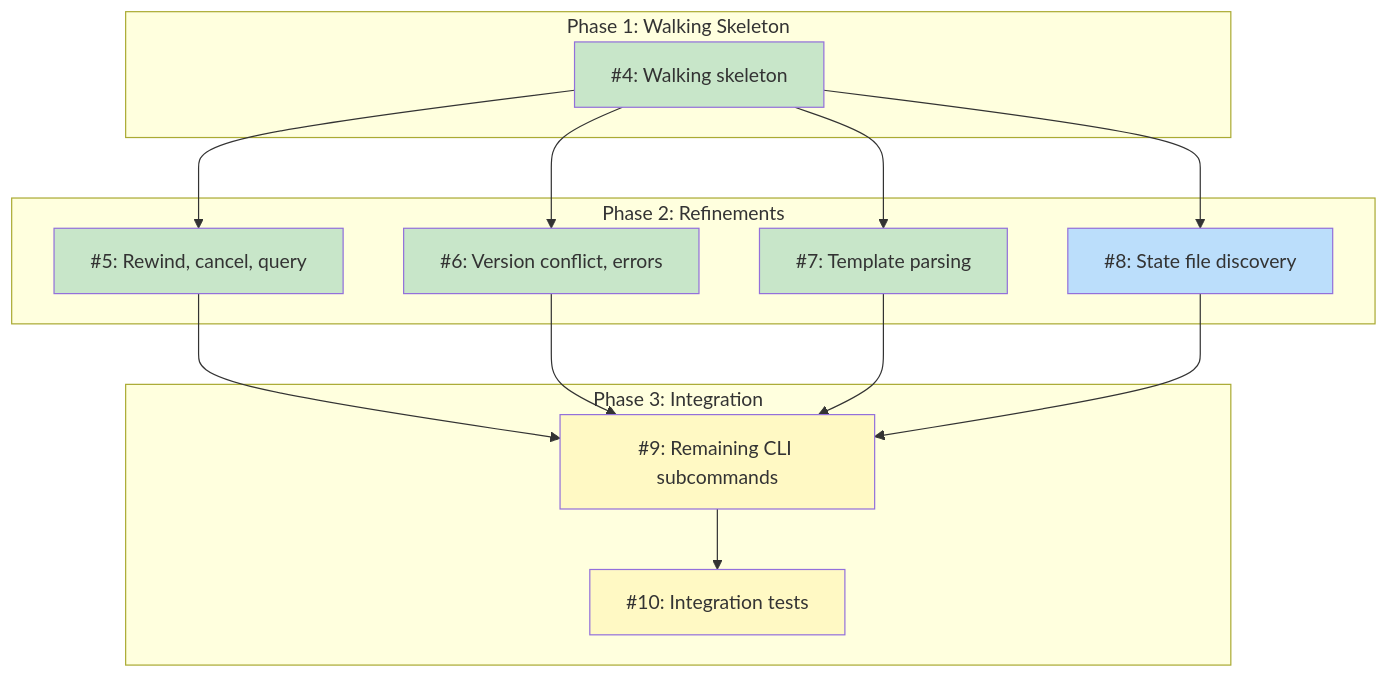
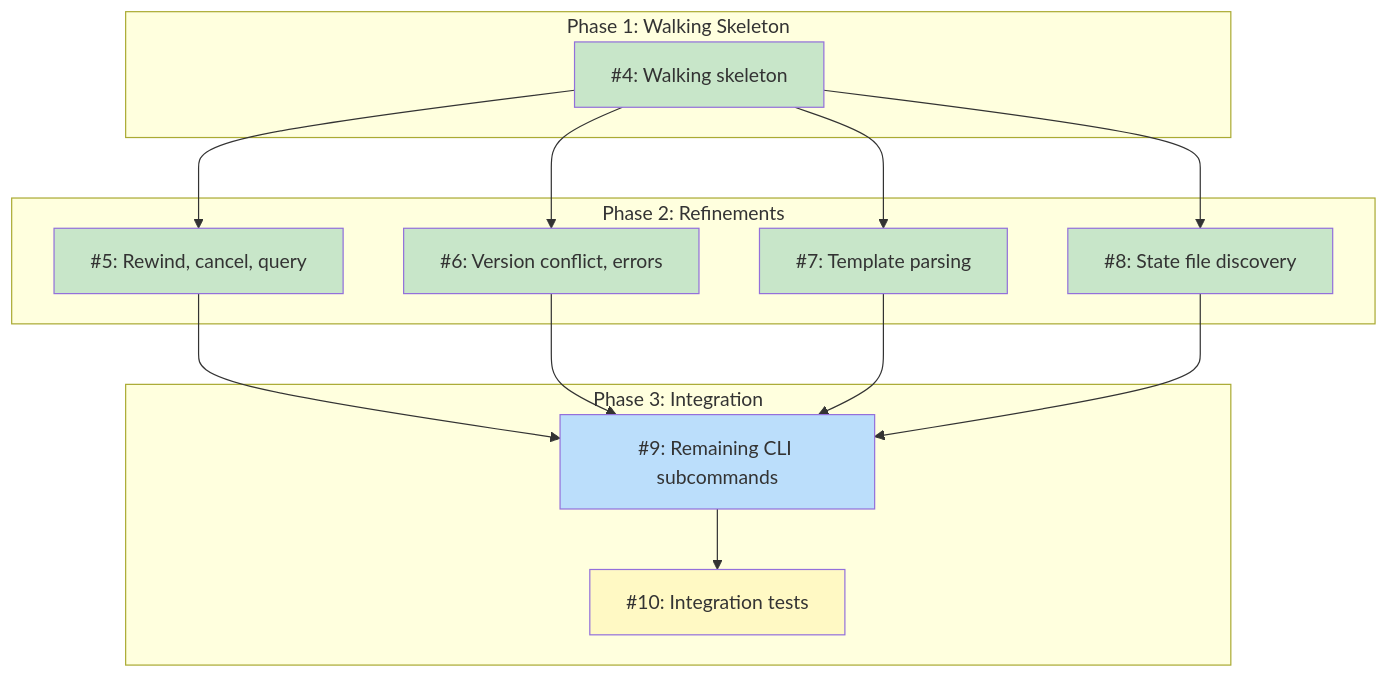
The diagram in docs/designs/DESIGN-koto-engine.md (tsukumogami/koto), drawn with Mermaid before and after one commit. The commit also changed other lines of this file and 5 other files, not shown here.

Commit message:
docs(koto-engine): mark #8 complete, update diagram

````diff
--- a/docs/designs/DESIGN-koto-engine.md
+++ b/docs/designs/DESIGN-koto-engine.md
@@ -58,38 +58,38 @@
 ```mermaid
 graph TD
     subgraph Phase1["Phase 1: Walking Skeleton"]
         I4["#4: Walking skeleton"]
     end
 
     subgraph Phase2["Phase 2: Refinements"]
         I5["#5: Rewind, cancel, query"]
         I6["#6: Version conflict, errors"]
         I7["#7: Template parsing"]
         I8["#8: State file discovery"]
     end
 
     subgraph Phase3["Phase 3: Integration"]
         I9["#9: Remaining CLI subcommands"]
         I10["#10: Integration tests"]
     end
 
     I4 --> I5
     I4 --> I6
     I4 --> I7
     I4 --> I8
     I5 --> I9
     I6 --> I9
     I7 --> I9
     I8 --> I9
     I9 --> I10
 
     classDef done fill:#c8e6c9
     classDef ready fill:#bbdefb
     classDef blocked fill:#fff9c4
     classDef needsDesign fill:#e1bee7
     classDef tracksDesign fill:#FFE0B2,stroke:#F57C00,color:#000
 
-    class I4,I5,I6,I7 done
-    class I8 ready
-    class I9,I10 blocked
+    class I4,I5,I6,I7,I8 done
+    class I9 ready
+    class I10 blocked
 ```
````
